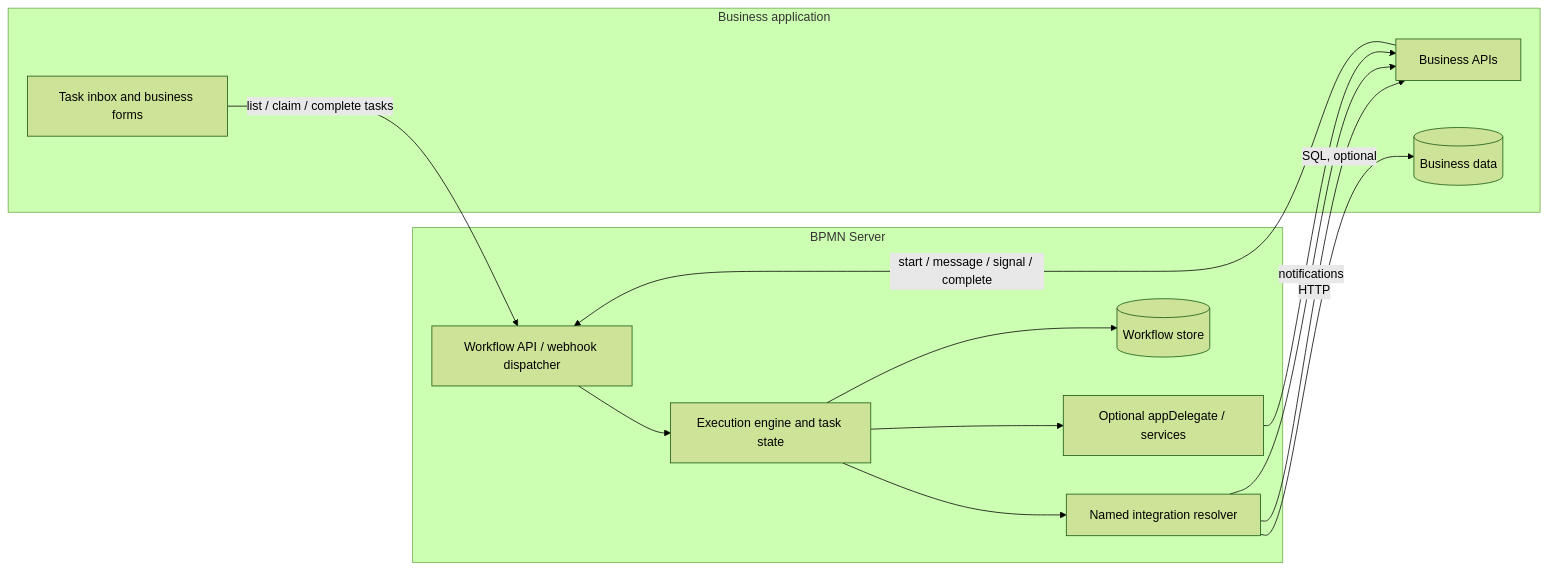
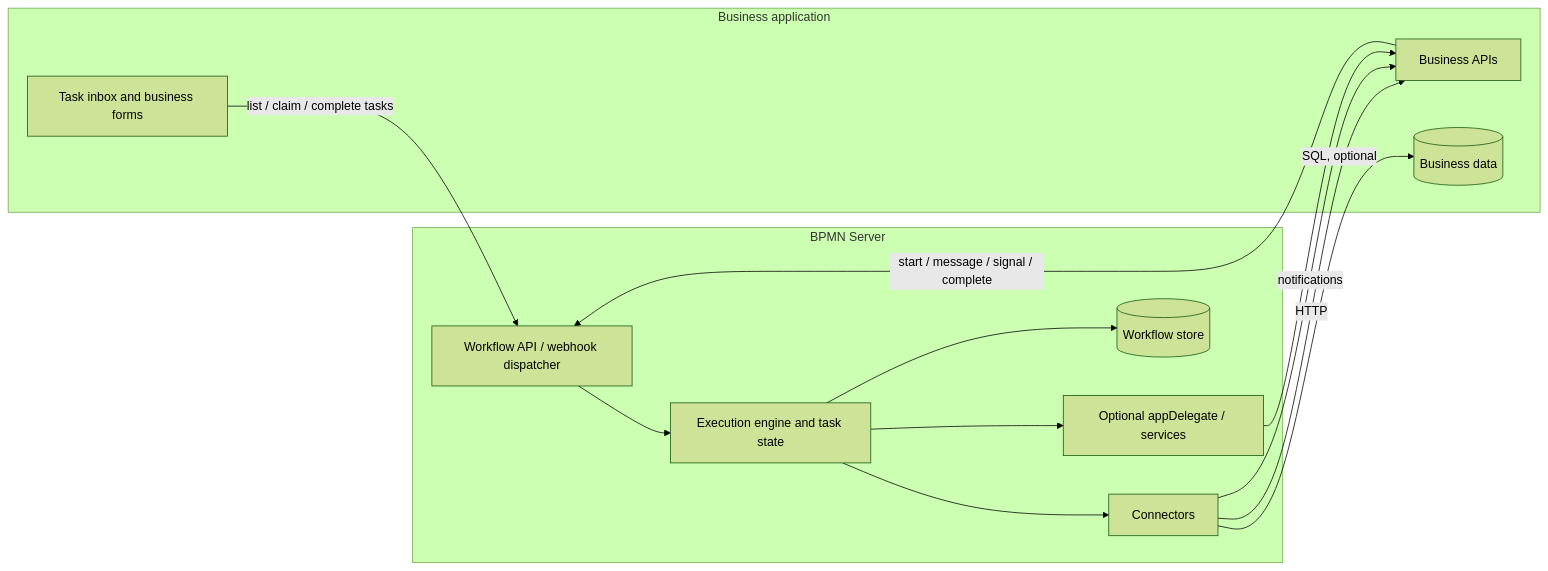
The first of 2 diagrams in docs/docs/application-integration-design.md (bpmnServer/bpmn-server), drawn with Mermaid (forest theme) before and after one commit. The commit also changed other lines of this file and 1 other file, not shown here.

Commit message:
Application integration: the design revised; the task API's tests, today's behavior and the contract to build

````diff
--- a/docs/docs/application-integration-design.md
+++ b/docs/docs/application-integration-design.md
@@ -36,25 +54,25 @@
 ```mermaid
 flowchart LR
   subgraph APP[Business application]
     UI[Task inbox and business forms]
     API[Business APIs]
     DB[(Business data)]
   end
   subgraph BPMN[BPMN Server]
     IN[Workflow API / webhook dispatcher]
     ENG[Execution engine and task state]
-    IR[Named integration resolver]
+    IR[Connectors]
     STORE[(Workflow store)]
     DEL[Optional appDelegate / services]
   end
   API -->|start / message / signal / complete| IN
   UI -->|list / claim / complete tasks| IN
   IN --> ENG
   ENG --> STORE
   ENG --> IR
   IR -->|HTTP| API
   IR -->|SQL, optional| DB
   IR -->|notifications| API
   ENG --> DEL
   DEL --> API
 ```
````
